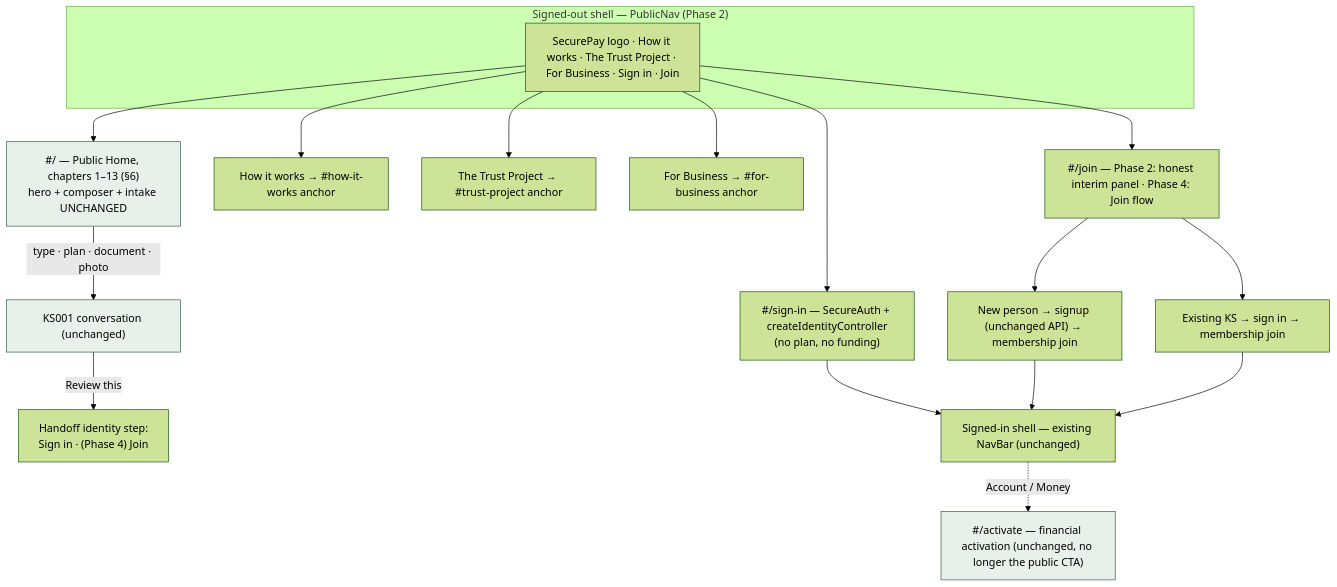
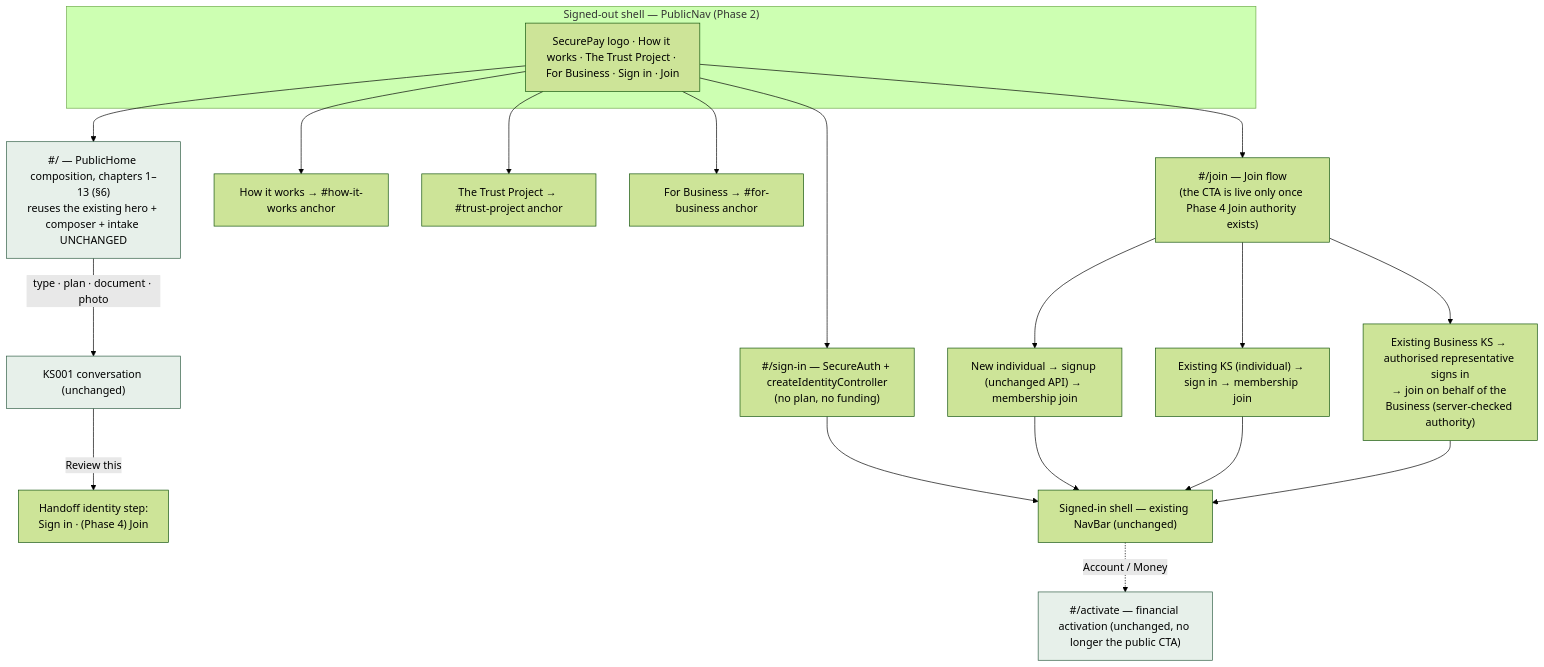
Before and after one commit to kimaniks001/SecurepayLLM: the second of 7 diagrams in docs/PUBLIC_EXPERIENCE_CONVERGENCE_PHASE1.md, drawn with Mermaid (forest theme). The commit also changed other lines of this file, not shown here.

First line of the commit message:
docs(public-experience): Phase 1 correction pass — apply confirmed human decisions

````diff
--- a/docs/PUBLIC_EXPERIENCE_CONVERGENCE_PHASE1.md
+++ b/docs/PUBLIC_EXPERIENCE_CONVERGENCE_PHASE1.md
@@ -110,22 +123,24 @@
 ```mermaid
 flowchart TB
     subgraph Public["Signed-out shell — PublicNav (Phase 2)"]
       PN["SecurePay logo · How it works · The Trust Project · For Business · Sign in · Join"]
     end
-    PN --> H["#/ — Public Home, chapters 1–13 (§6)<br/>hero + composer + intake UNCHANGED"]
+    PN --> H["#/ — PublicHome composition, chapters 1–13 (§6)<br/>reuses the existing hero + composer + intake UNCHANGED"]
     PN --> HIW["How it works → #how-it-works anchor"]
     PN --> TP["The Trust Project → #trust-project anchor"]
     PN --> FB["For Business → #for-business anchor"]
     PN --> SI["#/sign-in — SecureAuth + createIdentityController<br/>(no plan, no funding)"]
-    PN --> J["#/join — Phase 2: honest interim panel · Phase 4: Join flow"]
+    PN --> J["#/join — Join flow<br/>(the CTA is live only once Phase 4 Join authority exists)"]
     H -->|type · plan · document · photo| C["KS001 conversation (unchanged)"]
     C -->|Review this| HO["Handoff identity step:<br/>Sign in · (Phase 4) Join"]
-    J --> NEW["New person → signup (unchanged API) → membership join"]
-    J --> OLD["Existing KS → sign in → membership join"]
+    J --> NEW["New individual → signup (unchanged API) → membership join"]
+    J --> OLD["Existing KS (individual) → sign in → membership join"]
+    J --> BIZ["Existing Business KS → authorised representative signs in<br/>→ join on behalf of the Business (server-checked authority)"]
     SI --> APP["Signed-in shell — existing NavBar (unchanged)"]
     NEW --> APP
     OLD --> APP
+    BIZ --> APP
     APP -.->|Account / Money| ACT["#/activate — financial activation (unchanged, no longer the public CTA)"]
     classDef keep fill:#e7f0ea,stroke:#2f5d44;
     class C,H,ACT keep;
 ```
````
